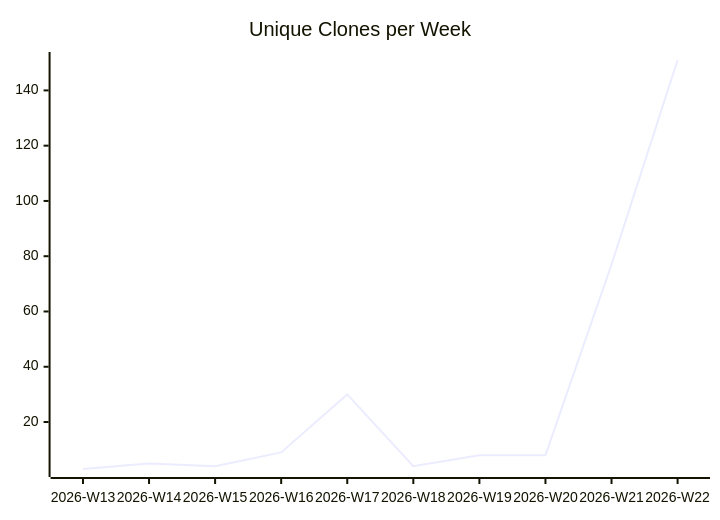
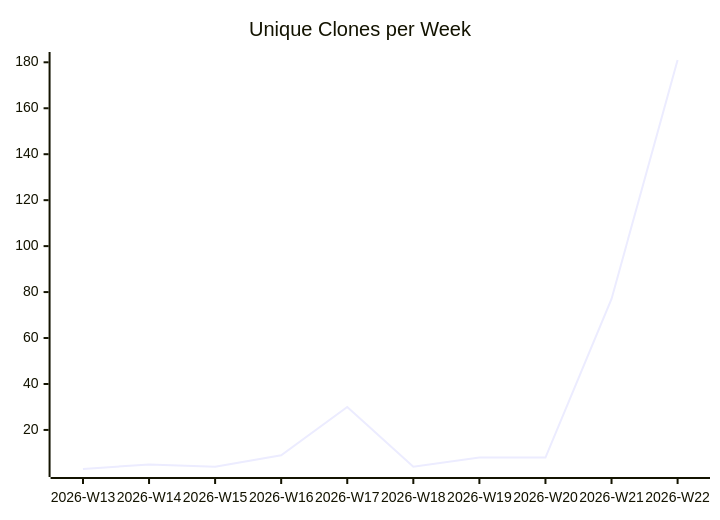
Before and after one commit to justdavis-family/github-analytics-data: the third of 3 diagrams in karlmdavis/dotfiles/README.md, drawn with Mermaid. The commit also changed other lines of this file and 189 other files, not shown here.

````diff
--- a/karlmdavis/dotfiles/README.md
+++ b/karlmdavis/dotfiles/README.md
@@ -19,6 +19,6 @@
 ```mermaid
 xychart-beta
   title "Unique Clones per Week"
   x-axis ["2026-W13", "2026-W14", "2026-W15", "2026-W16", "2026-W17", "2026-W18", "2026-W19", "2026-W20", "2026-W21", "2026-W22"]
-  line [3, 5, 4, 9, 30, 4, 8, 8, 77, 151]
+  line [3, 5, 4, 9, 30, 4, 8, 8, 77, 181]
 ```
````
